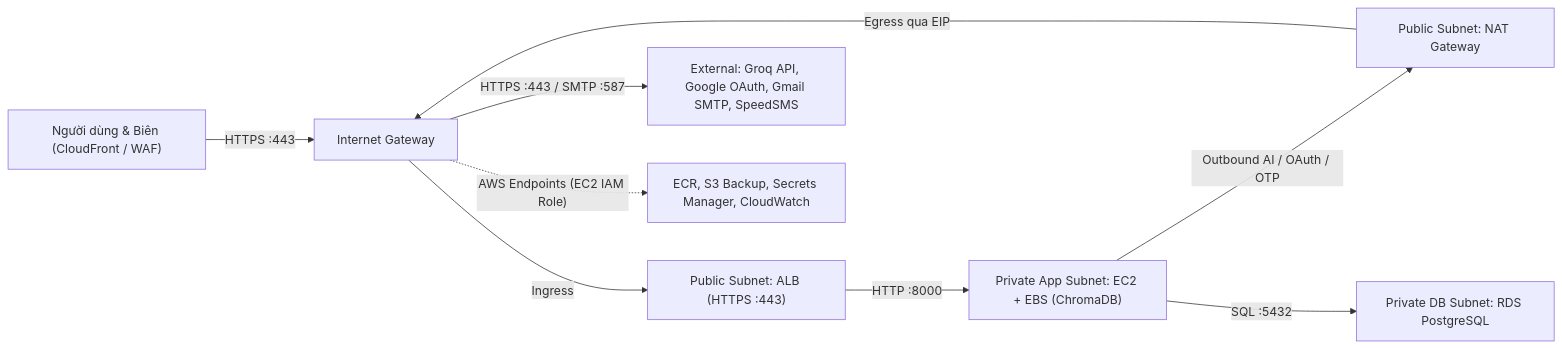
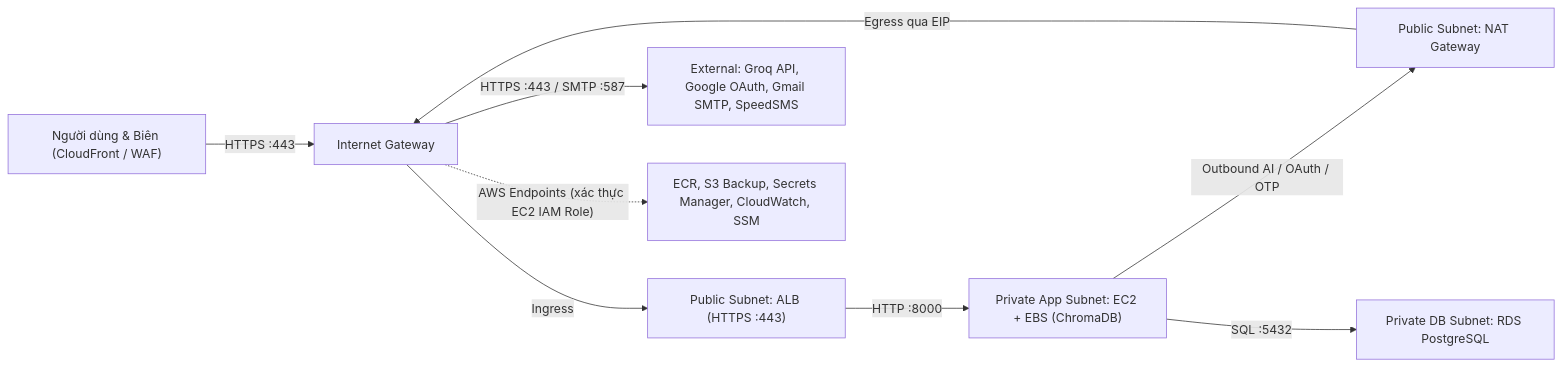
The diagram in content/5-Workshop/5.3-AWS-Infrastructure/_index.vi.md (khiemdong2005/workshop_NguyenThanhKhiem), drawn with Mermaid before and after one commit. The commit also changed 19 other files, not shown here.

Commit message:
docs(workshop): refine 5.3 Mermaid & 5.4.4 JSON and add 22 FCJ screenshot placeholders (VI/EN)

```diff
--- a/content/5-Workshop/5.3-AWS-Infrastructure/_index.vi.md
+++ b/content/5-Workshop/5.3-AWS-Infrastructure/_index.vi.md
@@ -19,11 +19,11 @@
 {{< mermaid >}}
 graph LR
     USER["Người dùng & Biên (CloudFront / WAF)"] -->|"HTTPS :443"| IGW["Internet Gateway"]
     IGW -->|"Ingress"| ALB["Public Subnet: ALB (HTTPS :443)"]
     ALB -->|"HTTP :8000"| EC2["Private App Subnet: EC2 + EBS (ChromaDB)"]
     EC2 -->|"Outbound AI / OAuth / OTP"| NAT["Public Subnet: NAT Gateway"]
     NAT -->|"Egress qua EIP"| IGW
     IGW -->|"HTTPS :443 / SMTP :587"| EXT["External: Groq API, Google OAuth, Gmail SMTP, SpeedSMS"]
     EC2 -->|"SQL :5432"| RDS["Private DB Subnet: RDS PostgreSQL"]
-    IGW -.->|"AWS Endpoints (EC2 IAM Role)"| AWS["ECR, S3 Backup, Secrets Manager, CloudWatch"]
+    IGW -.->|"AWS Endpoints (xác thực EC2 IAM Role)"| AWS["ECR, S3 Backup, Secrets Manager, CloudWatch, SSM"]
 {{< /mermaid >}}
```
